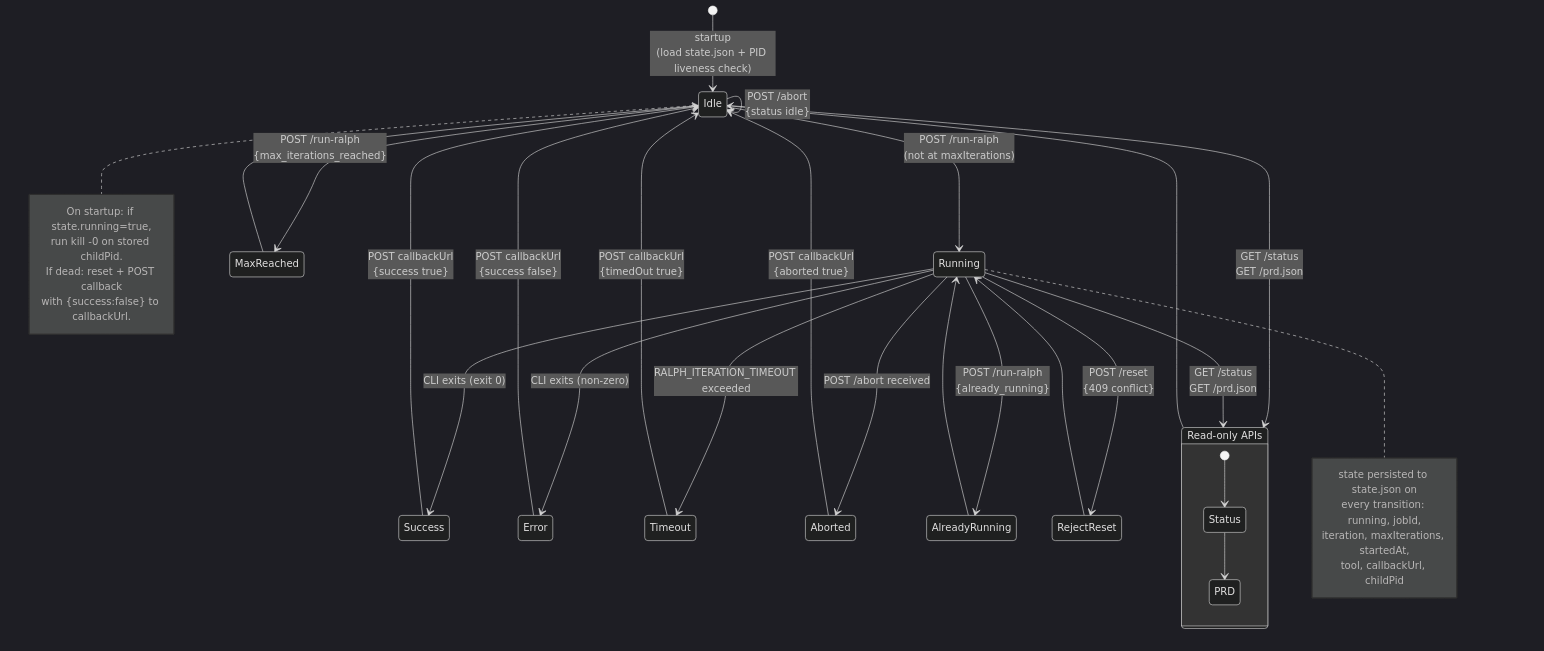
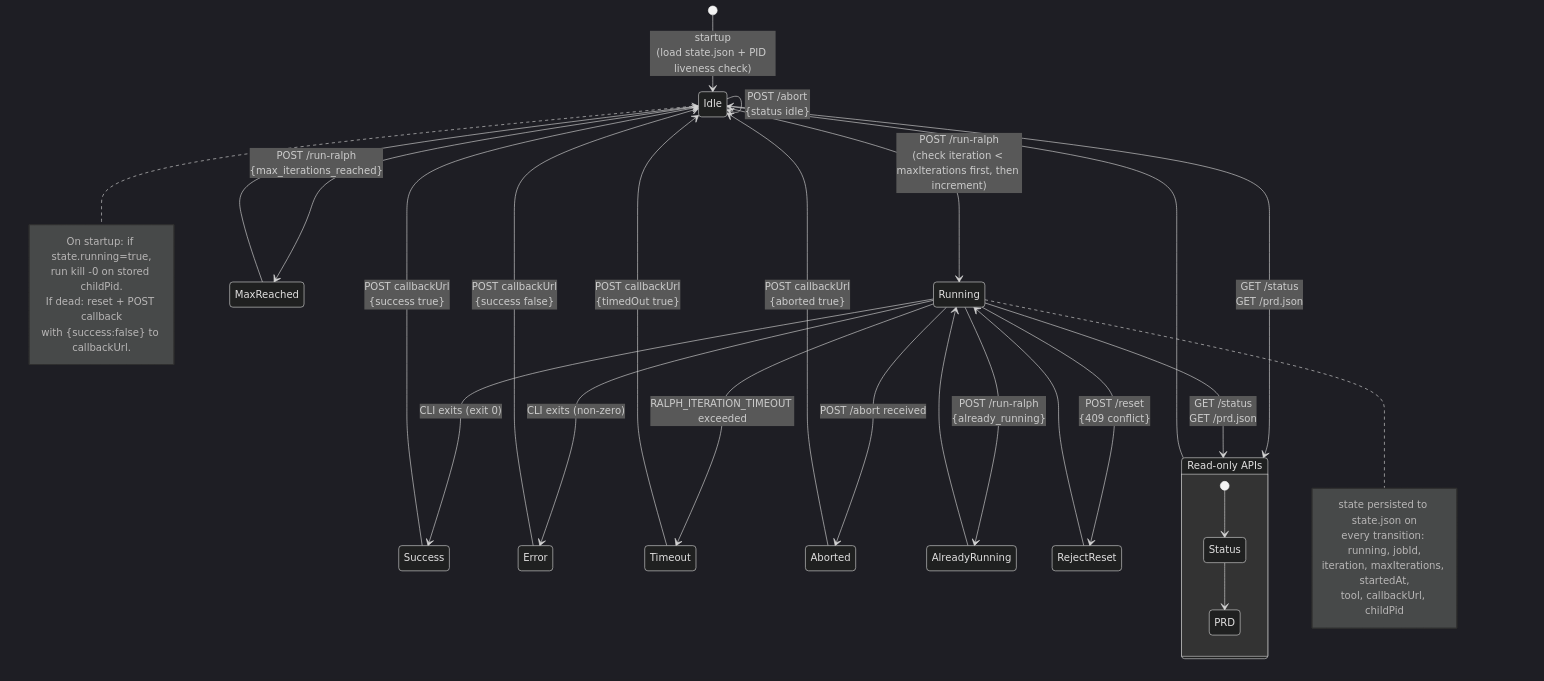
Before and after one commit to NNTin/gsnake-specs: the fifth of 8 diagrams in ralph-loop/architecture.md, drawn with Mermaid (dark theme). The commit also changed other lines of this file, not shown here.

First line of the commit message:
fix: align architecture diagrams with ralph-loop SOP rev 2

````diff
--- a/ralph-loop/architecture.md
+++ b/ralph-loop/architecture.md
@@ -244,59 +248,59 @@
 ```mermaid
 stateDiagram-v2
     direction TB
 
     [*] --> Idle : startup<br>(load state.json + PID liveness check)
 
     %% --- Core lifecycle ---
-    Idle --> Running : POST /run-ralph<br>(not at maxIterations)
+    Idle --> Running : POST /run-ralph<br>(check iteration < maxIterations first, then increment)
 
     Running --> Success : CLI exits (exit 0)
     Running --> Error : CLI exits (non-zero)
     Running --> Timeout : RALPH_ITERATION_TIMEOUT exceeded
     Running --> Aborted : POST /abort received
 
     Success --> Idle : POST callbackUrl<br>{success true}
     Error --> Idle : POST callbackUrl<br>{success false}
     Timeout --> Idle : POST callbackUrl<br>{timedOut true}
     Aborted --> Idle : POST callbackUrl<br>{aborted true}
 
     %% --- Guards / rejections ---
     Idle --> MaxReached : POST /run-ralph<br>{max_iterations_reached}
     MaxReached --> Idle
 
     Running --> AlreadyRunning : POST /run-ralph<br>{already_running}
     AlreadyRunning --> Running
 
     %% --- Reset ---
     Idle --> Idle : POST /reset<br>{status reset}
     Running --> RejectReset : POST /reset<br>{409 conflict}
     RejectReset --> Running
 
     %% --- Abort idempotent ---
     Idle --> Idle : POST /abort<br>{status idle}
 
     %% --- Read-only operations (grouped) ---
     state "Read-only APIs" as ReadOnly {
         [*] --> Status
         Status --> PRD
     }
 
     Idle --> ReadOnly : GET /status<br>GET /prd.json
     Running --> ReadOnly : GET /status<br>GET /prd.json
     ReadOnly --> Idle
 
     %% --- Persistence note ---
     note right of Running
         state persisted to state.json on
         every transition: running, jobId,
         iteration, maxIterations, startedAt,
         tool, callbackUrl, childPid
     end note
 
     note right of Idle
         On startup: if state.running=true,
         run kill -0 on stored childPid.
         If dead: reset + POST callback
         with {success:false} to callbackUrl.
     end note
 ```
````
